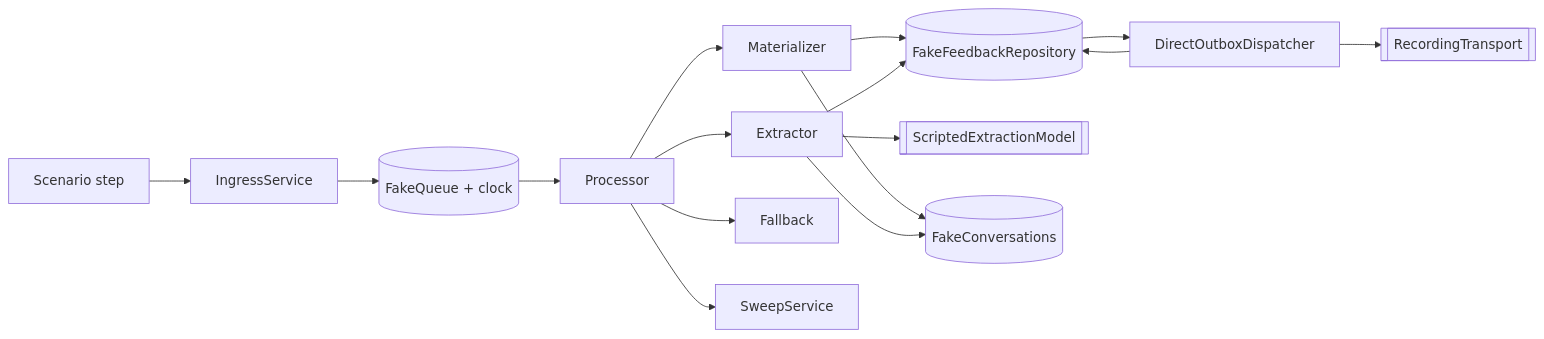
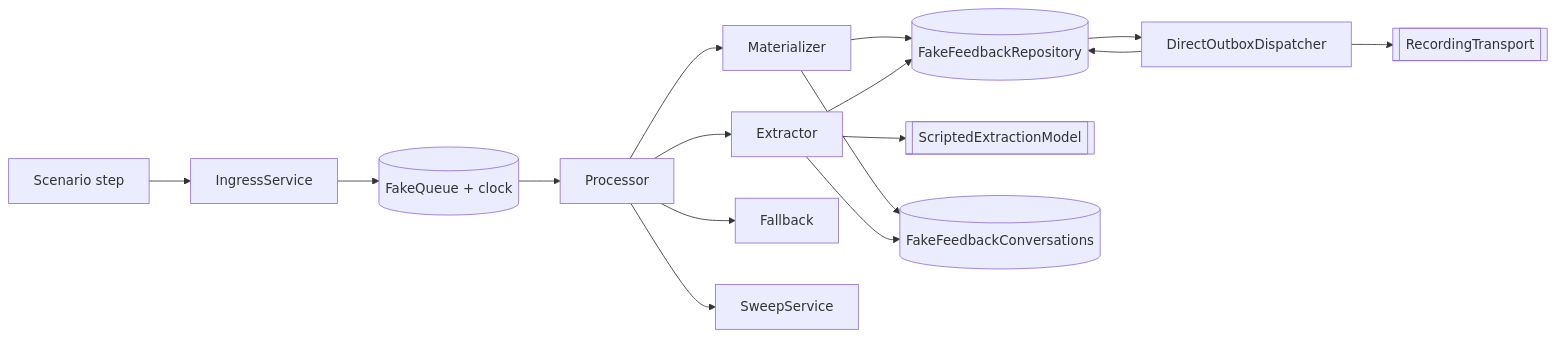
The diagram in docs/backend/modules/post-event-feedback-scenarios.md (johnakisk0700/slopform), drawn with Mermaid before and after one commit. The commit also changed other lines of this file and 115 other files, not shown here.

First line of the commit message:
Move campaign feedback conversations to PostgreSQL

````diff
--- a/docs/backend/modules/post-event-feedback-scenarios.md
+++ b/docs/backend/modules/post-event-feedback-scenarios.md
@@ -813,18 +818,18 @@
 ```mermaid
 flowchart LR
   step[Scenario step] --> ing[IngressService]
   ing --> q[(FakeQueue + clock)]
   q --> proc[Processor]
   proc --> mat[Materializer]
   proc --> ext[Extractor]
   proc --> fb[Fallback]
   proc --> swp[SweepService]
   pg --> dispatch[DirectOutboxDispatcher]
   dispatch --> transport[[RecordingTransport]]
   ext --> model[[ScriptedExtractionModel]]
-  mat --> mongo[(FakeConversations)]
-  ext --> mongo
+  mat --> conv[(FakeFeedbackConversations)]
+  ext --> conv
   mat --> pg[(FakeFeedbackRepository)]
   ext --> pg
   dispatch --> pg
 ```
````
